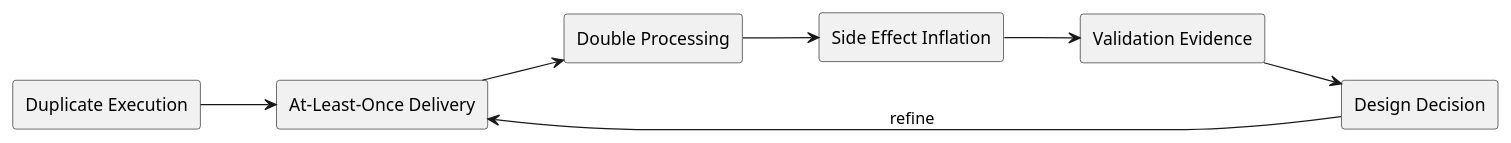
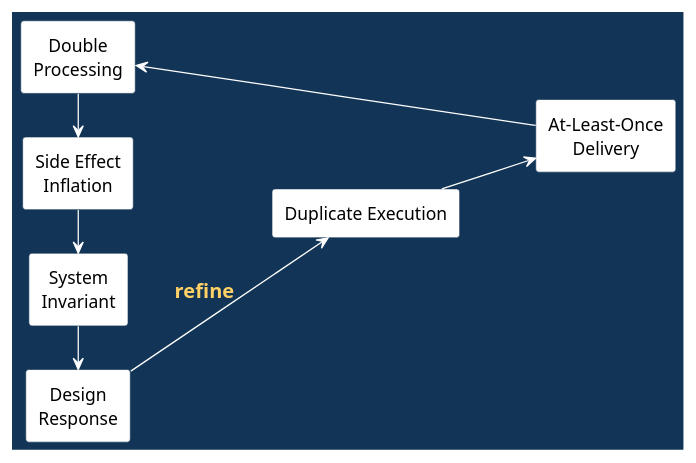
The first of 7 diagrams in doc/lectures/week10/duplicate_execution/README.slides.adoc (madajaju/CS5254), drawn with PlantUML before and after one commit. The commit also changed other lines of this file and 4 other files, not shown here.

```diff
--- a/doc/lectures/week10/duplicate_execution/README.slides.adoc
+++ b/doc/lectures/week10/duplicate_execution/README.slides.adoc
@@ -71,22 +5,33 @@
-[plantuml, target=name, format=svg, width=80%]
-----
+[plantuml, width=100%]
+....
 @startuml
-skinparam monochrome true
+skinparam backgroundColor #123456
+skinparam defaultFontColor black
+skinparam ArrowColor white
+skinparam ArrowFontColor #ffd166
+skinparam ArrowFontStyle bold
+skinparam ArrowFontSize 16
 skinparam shadowing false
+skinparam componentStyle rectangle
+skinparam defaultTextAlignment center
+skinparam packageBorderColor #123456
+skinparam rectangleBorderColor #123456
+skinparam rectangleBackgroundColor white
+skinparam rectangleFontColor black
 left to right direction
 
-rectangle "Duplicate Execution" as Topic
-rectangle "At-Least-Once Delivery" as A
-rectangle "Double Processing" as B
-rectangle "Side Effect Inflation" as C
-rectangle "Validation Evidence" as V
-rectangle "Design Decision" as D
+rectangle "Duplicate Execution" as Topic #white
+rectangle "At-Least-Once\nDelivery" as A #white
+rectangle "Double\nProcessing" as B #white
+rectangle "Side Effect\nInflation" as C #white
+rectangle "System\nInvariant" as I #white
+rectangle "Design\nResponse" as D #white
 
 Topic --> A
 A --> B
-B --> C
-C --> V
-V --> D
-D --> A : refine
+B -> C
+C -> I
+I -> D
+D --> Topic : refine
 @enduml
-----
+....
```
